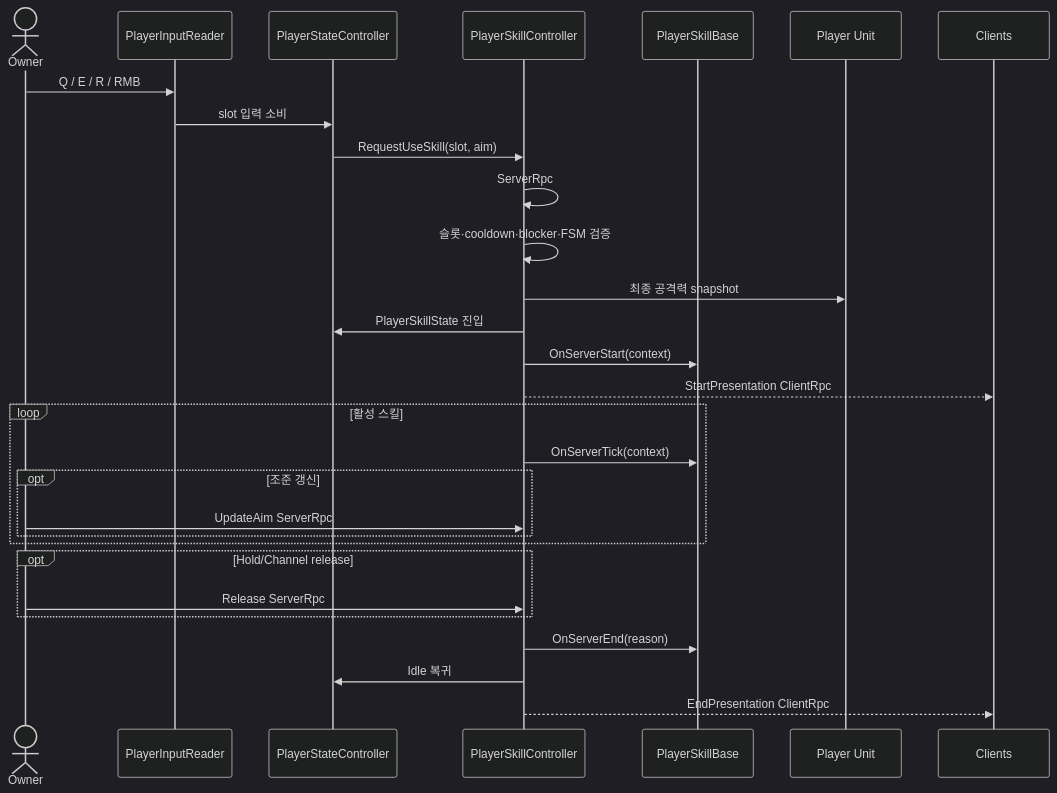
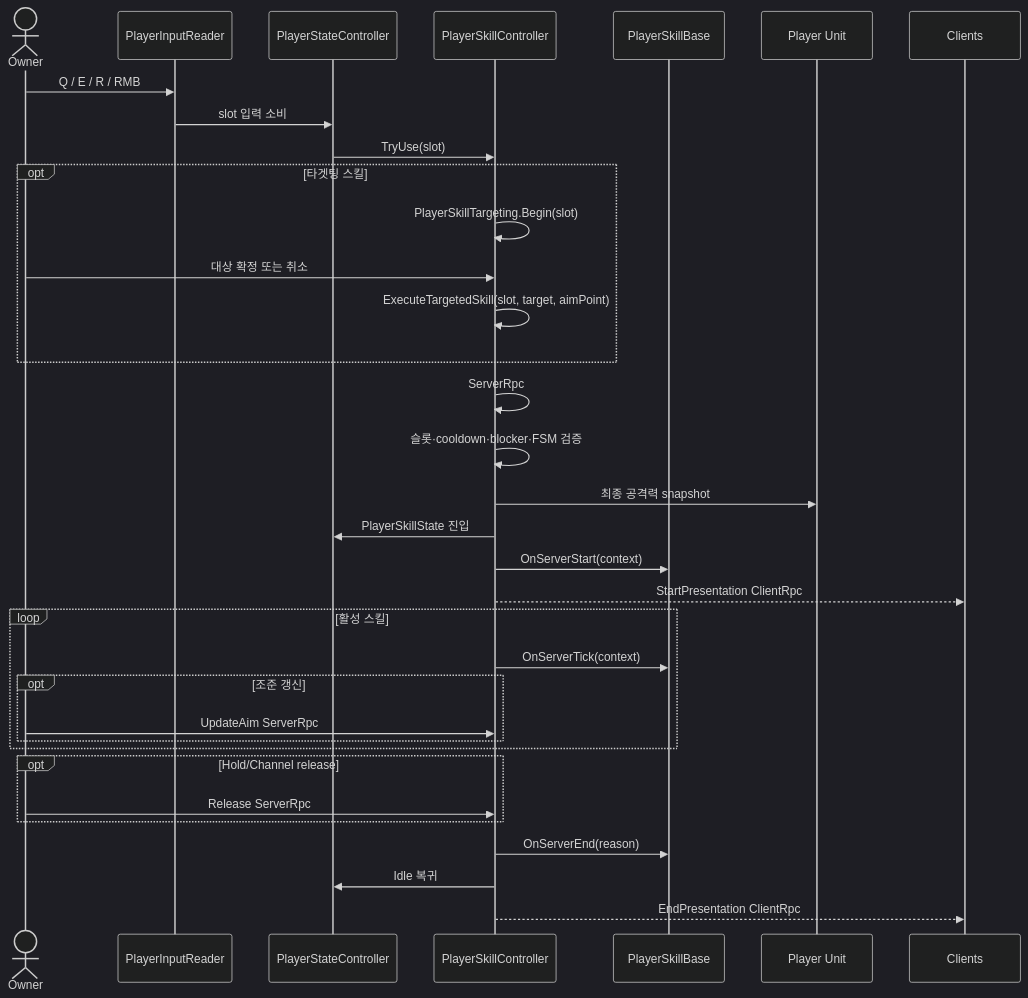
Before and after one commit to Fujino-Tatsuya/MainProject: diagram 13 of 33 in Docs/tech/game-structure-uml.md, drawn with Mermaid (dark theme). The commit also changed other lines of this file and 20 other files, not shown here.

````diff
--- a/Docs/tech/game-structure-uml.md
+++ b/Docs/tech/game-structure-uml.md
@@ -577,32 +588,37 @@
 ```mermaid
 sequenceDiagram
     actor Owner
     participant Input as PlayerInputReader
     participant FSM as PlayerStateController
     participant PSC as PlayerSkillController
     participant Skill as PlayerSkillBase
     participant Unit as Player Unit
     participant Clients
 
     Owner->>Input: Q / E / R / RMB
     Input->>FSM: slot 입력 소비
-    FSM->>PSC: RequestUseSkill(slot, aim)
+    FSM->>PSC: TryUse(slot)
+    opt 타겟팅 스킬
+        PSC->>PSC: PlayerSkillTargeting.Begin(slot)
+        Owner->>PSC: 대상 확정 또는 취소
+        PSC->>PSC: ExecuteTargetedSkill(slot, target, aimPoint)
+    end
     PSC->>PSC: ServerRpc
     PSC->>PSC: 슬롯·cooldown·blocker·FSM 검증
     PSC->>Unit: 최종 공격력 snapshot
     PSC->>FSM: PlayerSkillState 진입
     PSC->>Skill: OnServerStart(context)
     PSC-->>Clients: StartPresentation ClientRpc
     loop 활성 스킬
         PSC->>Skill: OnServerTick(context)
         opt 조준 갱신
             Owner->>PSC: UpdateAim ServerRpc
         end
     end
     opt Hold/Channel release
         Owner->>PSC: Release ServerRpc
     end
     PSC->>Skill: OnServerEnd(reason)
     PSC->>FSM: Idle 복귀
     PSC-->>Clients: EndPresentation ClientRpc
 ```
````
